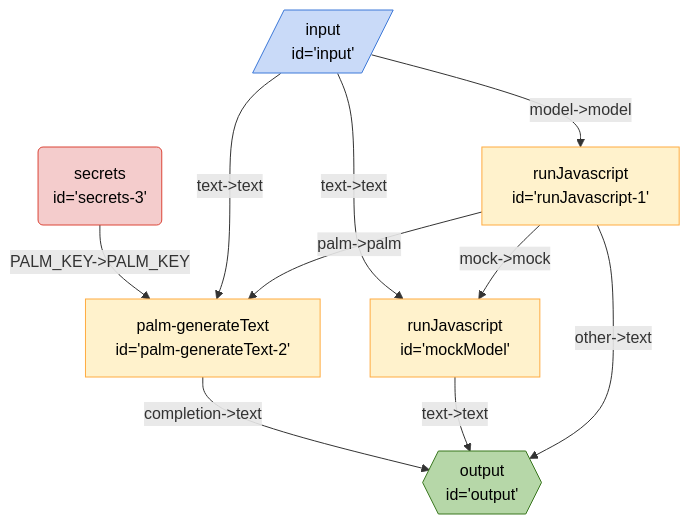
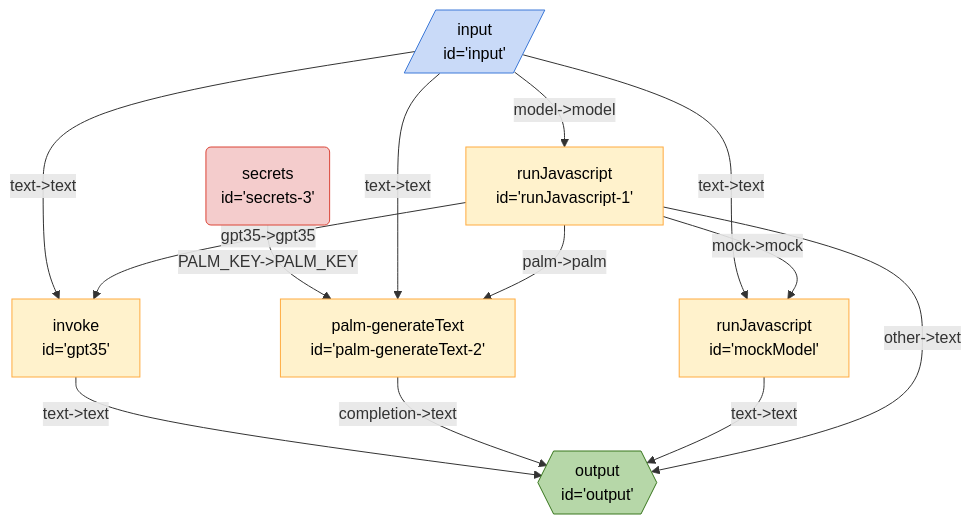
The diagram in seeds/breadboard-web/docs/graphs/text-generator.md (breadboard-ai/breadboard), drawn with Mermaid before and after one commit. The commit also changed 4 other files, not shown here.

Commit message:
[breadboard-web] Add GPT 3.5 to the text generator.

````diff
--- a/seeds/breadboard-web/docs/graphs/text-generator.md
+++ b/seeds/breadboard-web/docs/graphs/text-generator.md
@@ -3,21 +3,24 @@
 ```mermaid
 %%{init: 'themeVariables': { 'fontFamily': 'Fira Code, monospace' }}%%
 graph TD;
 secrets3("secrets <br> id='secrets-3'"):::secrets -- "PALM_KEY->PALM_KEY" --> palmgenerateText2["palm-generateText <br> id='palm-generateText-2'"]
 input[/"input <br> id='input'"/]:::input -- "model->model" --> runJavascript1["runJavascript <br> id='runJavascript-1'"]
+gpt35["invoke <br> id='gpt35'"] -- "text->text" --> output{{"output <br> id='output'"}}:::output
+input[/"input <br> id='input'"/]:::input -- "text->text" --> gpt35["invoke <br> id='gpt35'"]
 palmgenerateText2["palm-generateText <br> id='palm-generateText-2'"] -- "completion->text" --> output{{"output <br> id='output'"}}:::output
 input[/"input <br> id='input'"/]:::input -- "text->text" --> palmgenerateText2["palm-generateText <br> id='palm-generateText-2'"]
 mockModel["runJavascript <br> id='mockModel'"] -- "text->text" --> output{{"output <br> id='output'"}}:::output
 input[/"input <br> id='input'"/]:::input -- "text->text" --> mockModel["runJavascript <br> id='mockModel'"]
 runJavascript1["runJavascript <br> id='runJavascript-1'"] -- "other->text" --> output{{"output <br> id='output'"}}:::output
 runJavascript1["runJavascript <br> id='runJavascript-1'"] -- "palm->palm" --> palmgenerateText2["palm-generateText <br> id='palm-generateText-2'"]
+runJavascript1["runJavascript <br> id='runJavascript-1'"] -- "gpt35->gpt35" --> gpt35["invoke <br> id='gpt35'"]
 runJavascript1["runJavascript <br> id='runJavascript-1'"] -- "mock->mock" --> mockModel["runJavascript <br> id='mockModel'"]
 classDef default stroke:#ffab40,fill:#fff2ccff,color:#000
 classDef input stroke:#3c78d8,fill:#c9daf8ff,color:#000
 classDef output stroke:#38761d,fill:#b6d7a8ff,color:#000
 classDef passthrough stroke:#a64d79,fill:#ead1dcff,color:#000
 classDef slot stroke:#a64d79,fill:#ead1dcff,color:#000
 classDef config stroke:#a64d79,fill:#ead1dcff,color:#000
 classDef secrets stroke:#db4437,fill:#f4cccc,color:#000
 classDef slotted stroke:#a64d79
 ```
````
